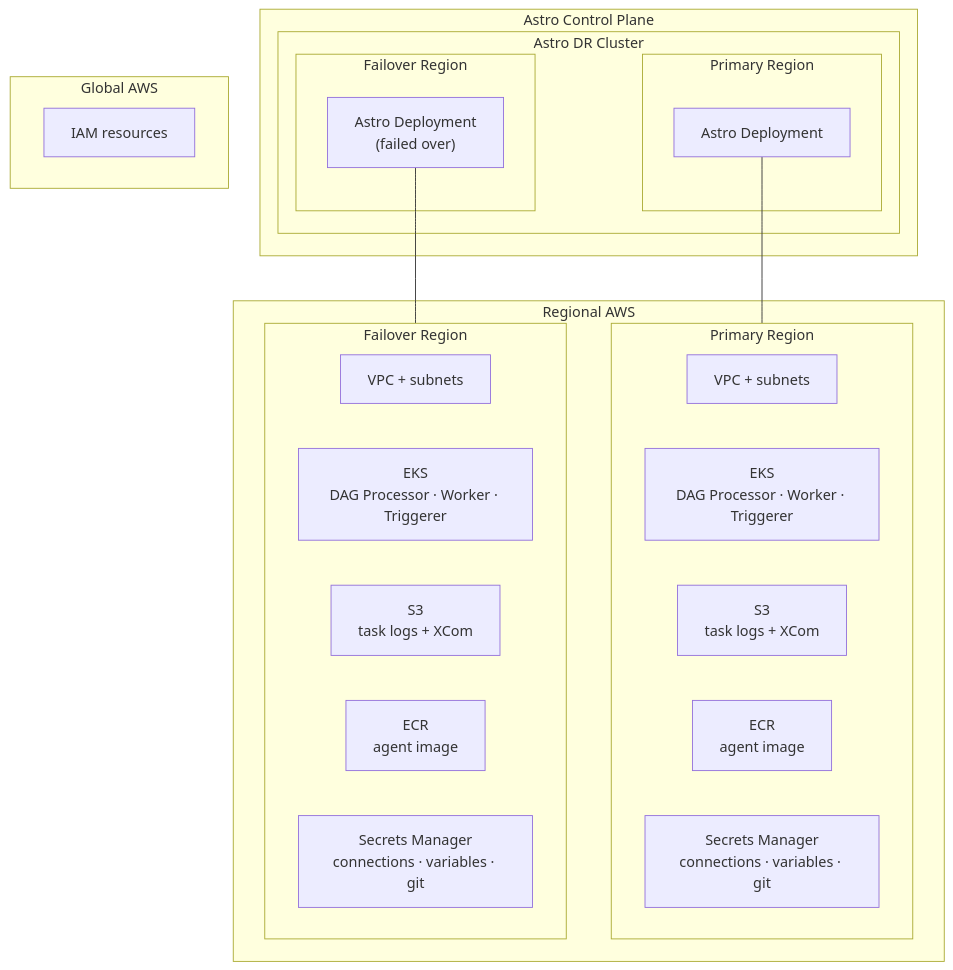
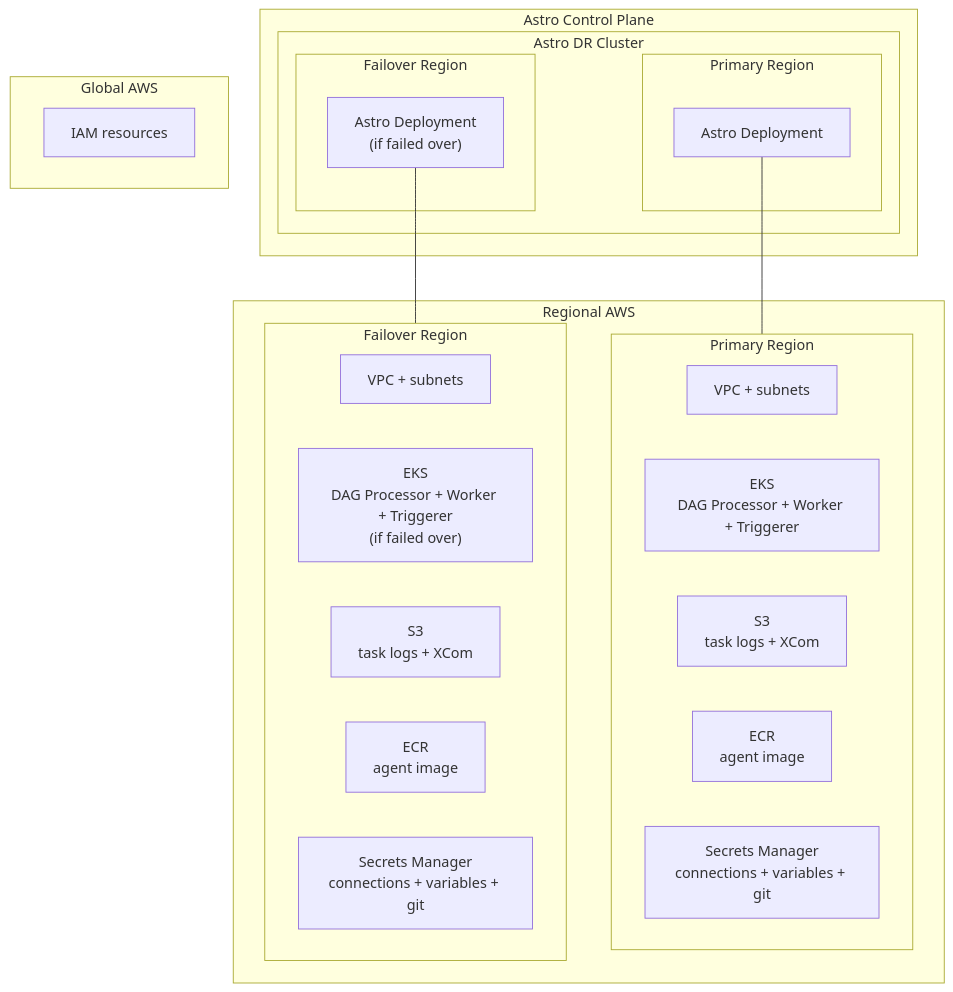
One commit to crobertson-astro/aws-re-dr changed the diagram in README.md. Above: the diagram before and after it, drawn with Mermaid.

````diff
--- a/README.md
+++ b/README.md
@@ -58,37 +58,37 @@
 ```mermaid
 flowchart TB
     subgraph Astro["Astro Control Plane"]
         subgraph Cluster["Astro DR Cluster"]
             subgraph PR["Primary Region"]
                 PDeployment["Astro Deployment"]
             end
             subgraph FR["Failover Region"]
-                FDeployment["Astro Deployment<br/>(failed over)"]
+                FDeployment["Astro Deployment<br/>(if failed over)"]
             end
         end
     end
 
     subgraph Global["Global AWS"]
         IAM["IAM resources"]
     end
 
     subgraph RE["Regional AWS"]
         subgraph Primary["Primary Region"]
             PVPC["VPC + subnets"]
-            PEKS["EKS<br/>DAG Processor · Worker · Triggerer"]
+            PEKS["EKS<br/>DAG Processor + Worker + Triggerer"]
             PS3["S3<br/>task logs + XCom"]
             PECR["ECR<br/>agent image"]
-            PSM["Secrets Manager<br/>connections · variables · git"]
+            PSM["Secrets Manager<br/>connections + variables + git"]
         end
 
         subgraph Failover["Failover Region"]
             FVPC["VPC + subnets"]
-            FEKS["EKS<br/>DAG Processor · Worker · Triggerer"]
+            FEKS["EKS<br/>DAG Processor + Worker + Triggerer<br/>(if failed over)"]
             FS3["S3<br/>task logs + XCom"]
             FECR["ECR<br/>agent image"]
-            FSM["Secrets Manager<br/>connections · variables · git"]
+            FSM["Secrets Manager<br/>connections + variables + git"]
         end
     end
     PDeployment --- Primary
     FDeployment --- Failover
 ```
````
